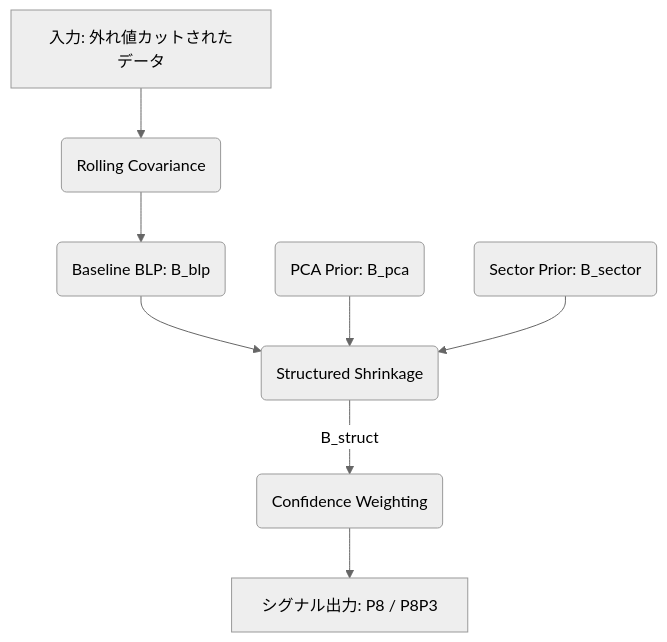
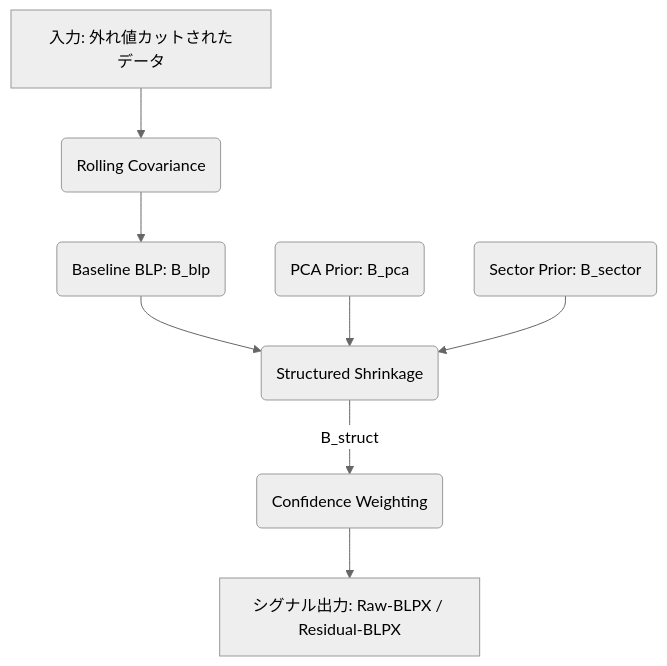
Before and after one commit to shonen0129/NightManager: the third of 3 diagrams in docs/研究メモ202606.md, drawn with Mermaid (neutral theme). The commit also changed other lines of this file and 49 other files, not shown here.

````diff
--- a/docs/研究メモ202606.md
+++ b/docs/研究メモ202606.md
@@ -131,10 +132,10 @@
 ```mermaid
 graph TD
     In[入力: 外れ値カットされたデータ] --> A(Rolling Covariance)
     A --> B(Baseline BLP: B_blp)
     B --> C(Structured Shrinkage)
     D(PCA Prior: B_pca) --> C
     E(Sector Prior: B_sector) --> C
     C -->|B_struct| F(Confidence Weighting)
-    F --> Out[シグナル出力: P8 / P8P3]
+    F --> Out[シグナル出力: Raw-BLPX / Residual-BLPX]
 ```
````
